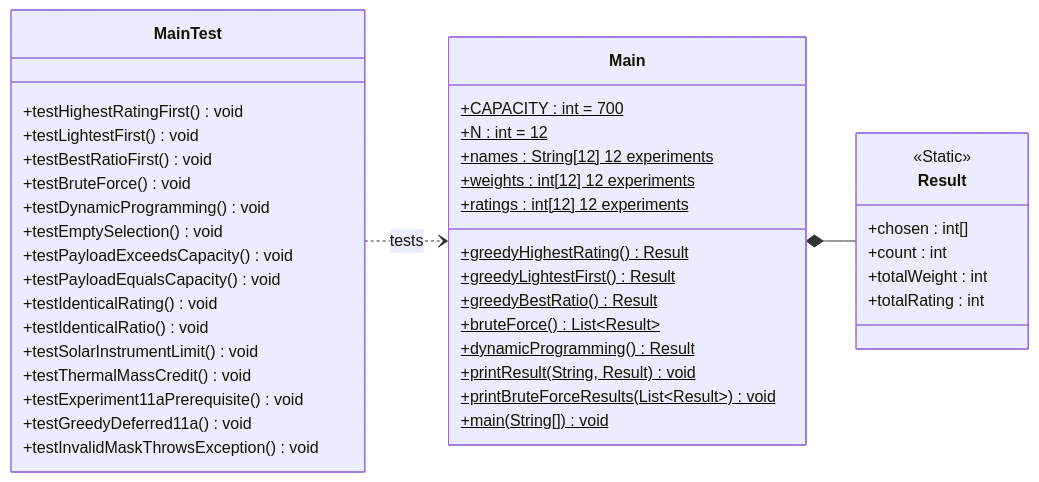
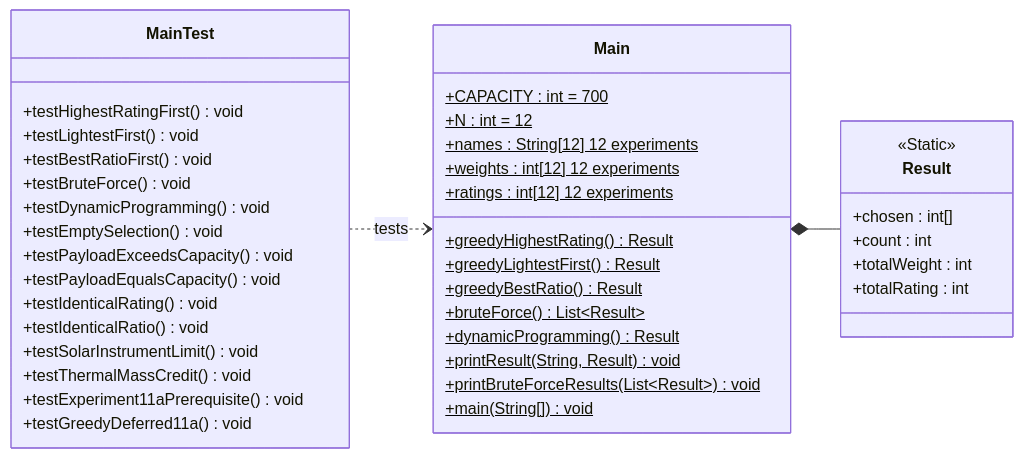
The diagram in docs/UML_Markdown.md (Adam-Kharon/CS_2430_Programming_Project_3), drawn with Mermaid before and after one commit.

Commit message:
Edited MainTest class

````diff
--- a/docs/UML_Markdown.md
+++ b/docs/UML_Markdown.md
@@ -1,49 +1,48 @@
 ```mermaid
 classDiagram
     direction LR
 
     class Main {
         +CAPACITY : int = 700$
         +N : int = 12$
         +names : String[12] 12 experiments$
         +weights : int[12] 12 experiments$
         +ratings : int[12] 12 experiments$
         +greedyHighestRating() Result$
         +greedyLightestFirst() Result$
         +greedyBestRatio() Result$
         +bruteForce() List~Result~$
         +dynamicProgramming() Result$
         +printResult(String, Result) void$
         +printBruteForceResults(List~Result~) void$
         +main(String[]) void$
     }
 
     class Result {
         <<Static>>
         +chosen : int[]
         +count : int
         +totalWeight : int
         +totalRating : int
     }
 
     class MainTest {
         +testHighestRatingFirst() void
         +testLightestFirst() void
         +testBestRatioFirst() void
         +testBruteForce() void
         +testDynamicProgramming() void
         +testEmptySelection() void
         +testPayloadExceedsCapacity() void
         +testPayloadEqualsCapacity() void
         +testIdenticalRating() void
         +testIdenticalRatio() void
         +testSolarInstrumentLimit() void
         +testThermalMassCredit() void
         +testExperiment11aPrerequisite() void
         +testGreedyDeferred11a() void
-        +testInvalidMaskThrowsException() void
     }
 
     Main *-- Result
     MainTest ..> Main : tests
 ```
````
